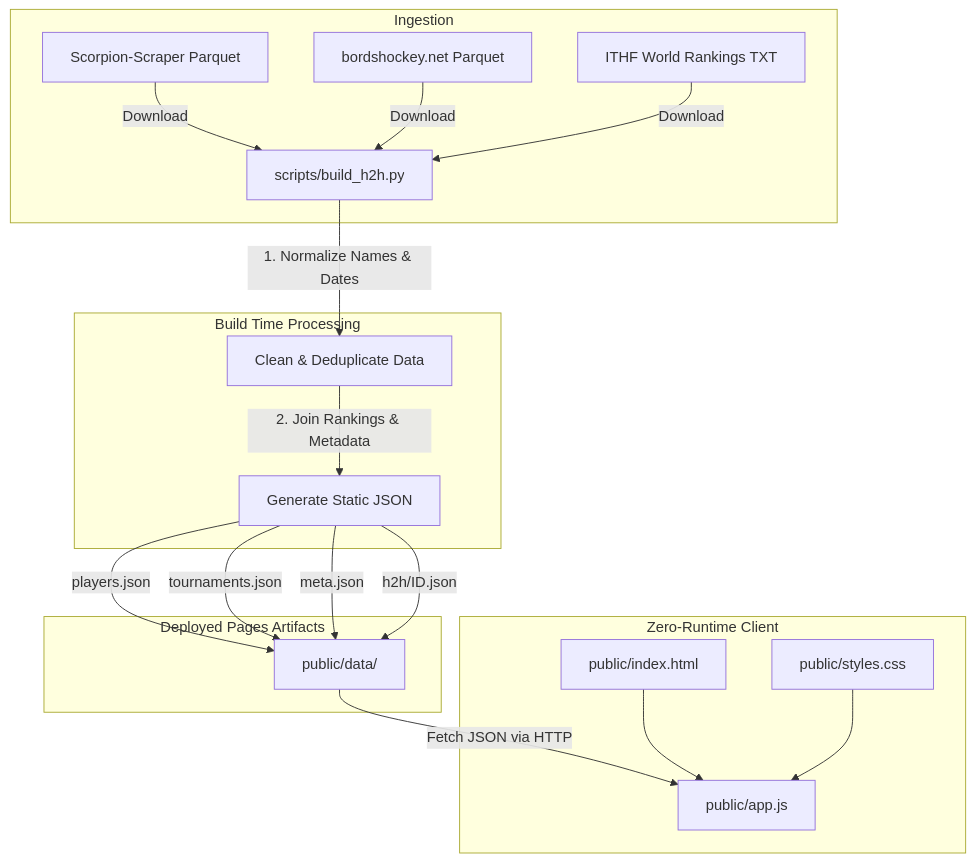
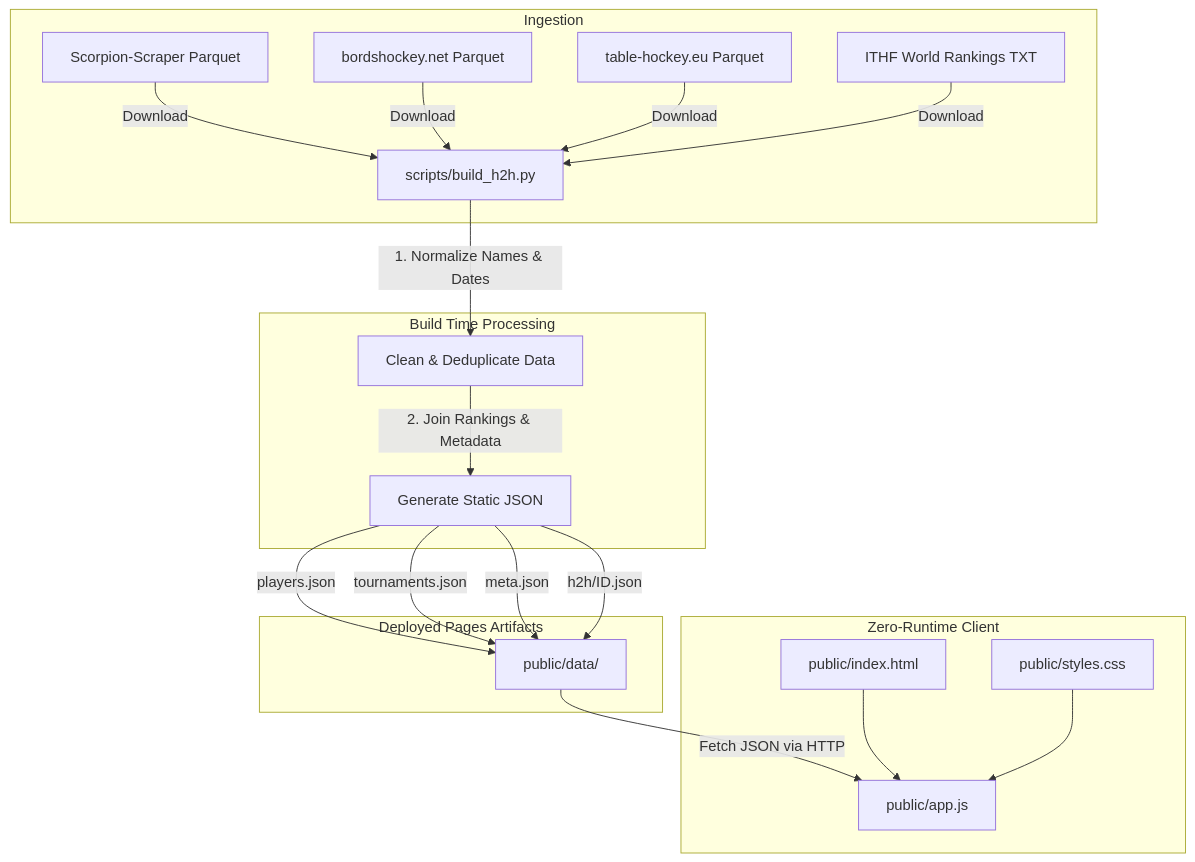
Before and after one commit to amundfylling/table-hockey-h2h-cloudflare: the diagram in AGENTS.md, drawn with Mermaid. The commit also changed 6 other files, not shown here.

First line of the commit message:
Add table-hockey.eu as a third match source

````diff
--- a/AGENTS.md
+++ b/AGENTS.md
@@ -58,23 +58,24 @@
 ```mermaid
 graph TD
     subgraph Ingestion
         A[Scorpion-Scraper Parquet] -->|Download| D[scripts/build_h2h.py]
         B[bordshockey.net Parquet] -->|Download| D
+        K[table-hockey.eu Parquet] -->|Download| D
         C[ITHF World Rankings TXT] -->|Download| D
     end
     subgraph Build Time Processing
         D -->|1. Normalize Names & Dates| E[Clean & Deduplicate Data]
         E -->|2. Join Rankings & Metadata| F[Generate Static JSON]
     end
     subgraph Deployed Pages Artifacts
         F -->|players.json| G[public/data/]
         F -->|tournaments.json| G
         F -->|meta.json| G
         F -->|h2h/ID.json| G
     end
     subgraph Zero-Runtime Client
         G -->|Fetch JSON via HTTP| H[public/app.js]
         I[public/index.html] --> H
         J[public/styles.css] --> H
     end
 ```
````
